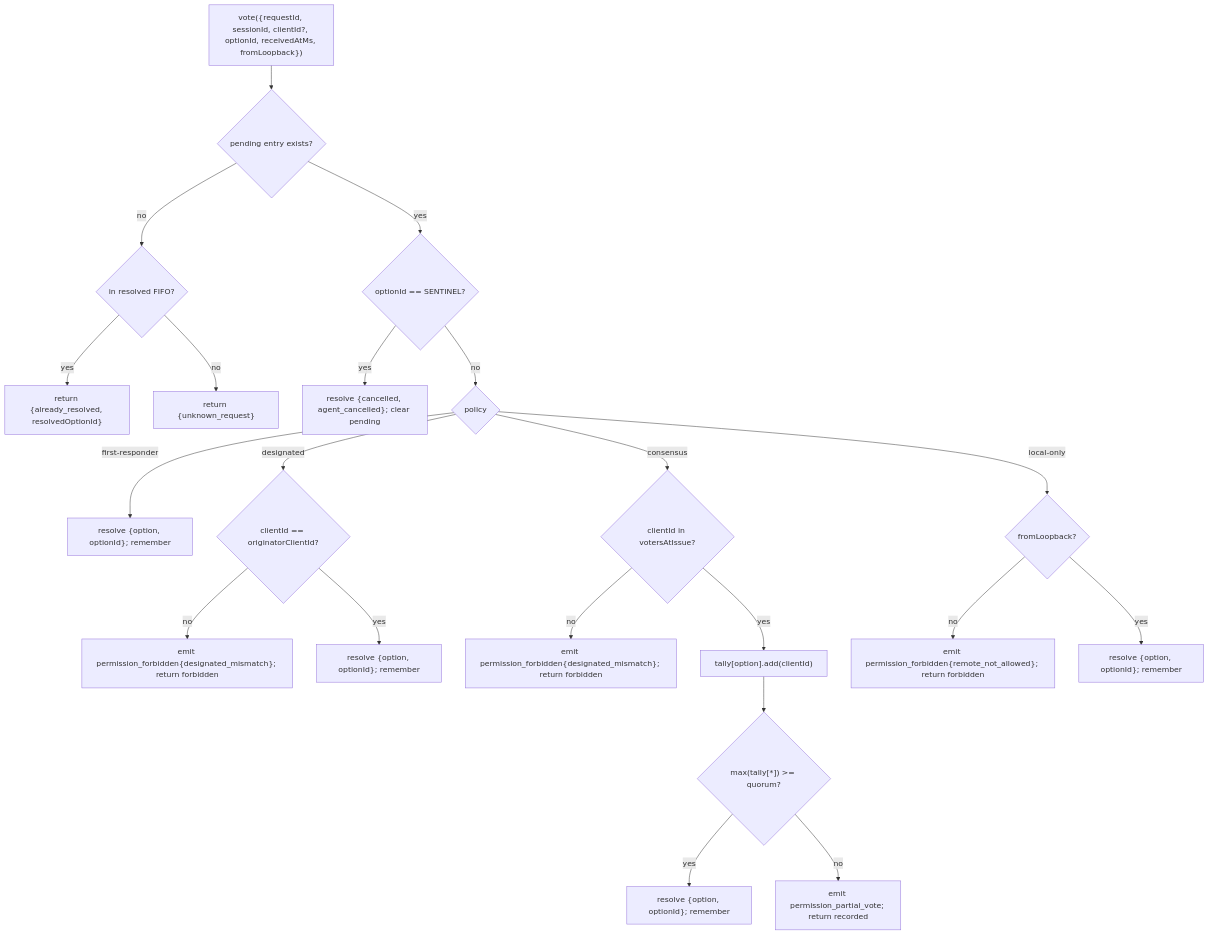
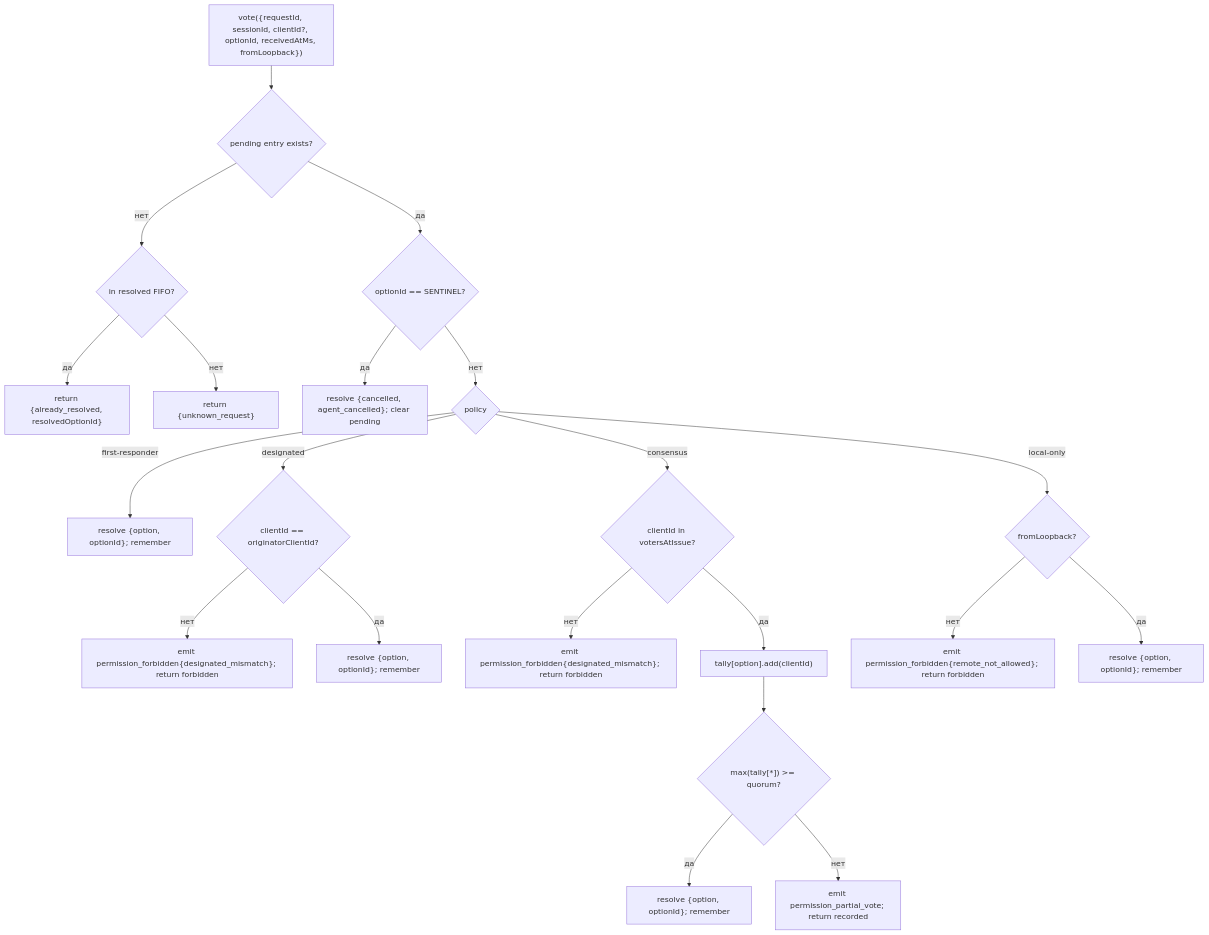
Before and after one commit to QwenLM/qwen-code-docs: the second of 2 diagrams in website/content/ru/developers/daemon/04-permission-mediation.md, drawn with Mermaid. The commit also changed other lines of this file and 1077 other files, not shown here.

````diff
--- a/website/content/ru/developers/daemon/04-permission-mediation.md
+++ b/website/content/ru/developers/daemon/04-permission-mediation.md
@@ -121,23 +121,23 @@
 ```mermaid
 flowchart TD
     V["vote({requestId, sessionId, clientId?, optionId, receivedAtMs, fromLoopback})"] --> E{"pending entry exists?"}
-    E -->|no| RD{"in resolved FIFO?"}
-    RD -->|yes| AR["return {already_resolved, resolvedOptionId}"]
-    RD -->|no| UR["return {unknown_request}"]
-    E -->|yes| SENT{"optionId == SENTINEL?"}
-    SENT -->|yes| CX["resolve {cancelled, agent_cancelled}; clear pending"]
-    SENT -->|no| POL{"policy"}
+    E -->|нет| RD{"in resolved FIFO?"}
+    RD -->|да| AR["return {already_resolved, resolvedOptionId}"]
+    RD -->|нет| UR["return {unknown_request}"]
+    E -->|да| SENT{"optionId == SENTINEL?"}
+    SENT -->|да| CX["resolve {cancelled, agent_cancelled}; clear pending"]
+    SENT -->|нет| POL{"policy"}
     POL -->|first-responder| FR["resolve {option, optionId}; remember"]
     POL -->|designated| DG{"clientId == originatorClientId?"}
-    DG -->|no| FOR["emit permission_forbidden{designated_mismatch}; return forbidden"]
-    DG -->|yes| FRR["resolve {option, optionId}; remember"]
+    DG -->|нет| FOR["emit permission_forbidden{designated_mismatch}; return forbidden"]
+    DG -->|да| FRR["resolve {option, optionId}; remember"]
     POL -->|consensus| CN{"clientId in votersAtIssue?"}
-    CN -->|no| FORC["emit permission_forbidden{designated_mismatch}; return forbidden"]
-    CN -->|yes| TAL["tally[option].add(clientId)"]
+    CN -->|нет| FORC["emit permission_forbidden{designated_mismatch}; return forbidden"]
+    CN -->|да| TAL["tally[option].add(clientId)"]
     TAL --> Q{"max(tally[*]) >= quorum?"}
-    Q -->|yes| RES["resolve {option, optionId}; remember"]
-    Q -->|no| PV["emit permission_partial_vote; return recorded"]
+    Q -->|да| RES["resolve {option, optionId}; remember"]
+    Q -->|нет| PV["emit permission_partial_vote; return recorded"]
     POL -->|local-only| LO{"fromLoopback?"}
-    LO -->|no| FORL["emit permission_forbidden{remote_not_allowed}; return forbidden"]
-    LO -->|yes| RESL["resolve {option, optionId}; remember"]
+    LO -->|нет| FORL["emit permission_forbidden{remote_not_allowed}; return forbidden"]
+    LO -->|да| RESL["resolve {option, optionId}; remember"]
 ```
````
